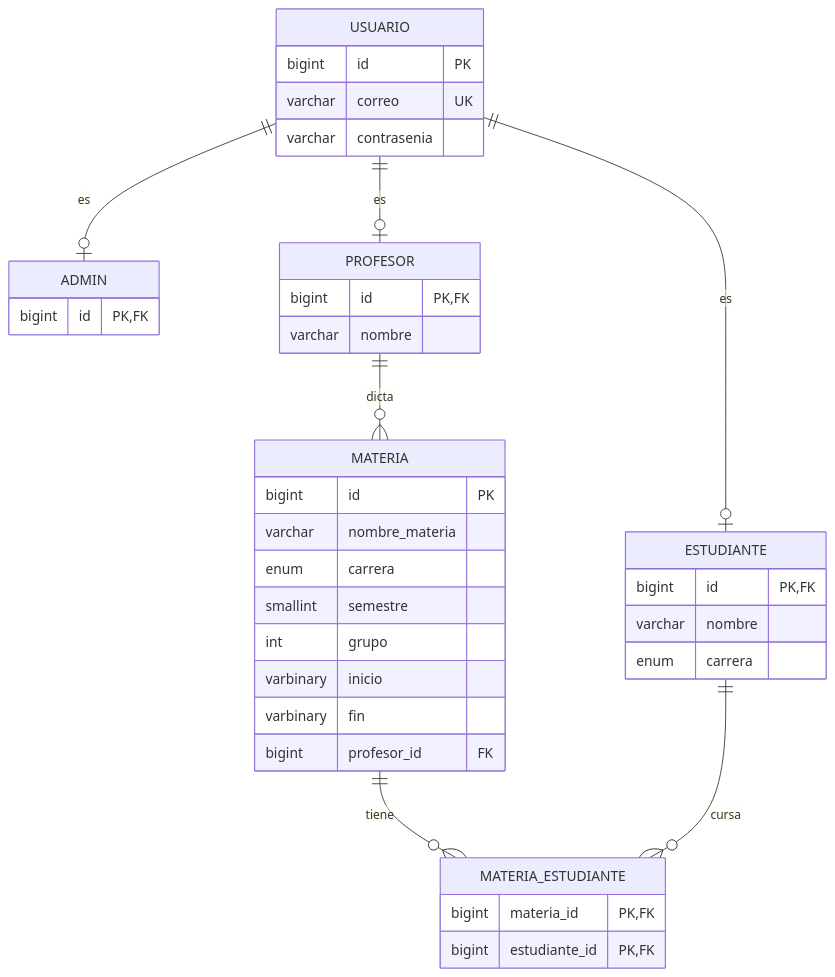
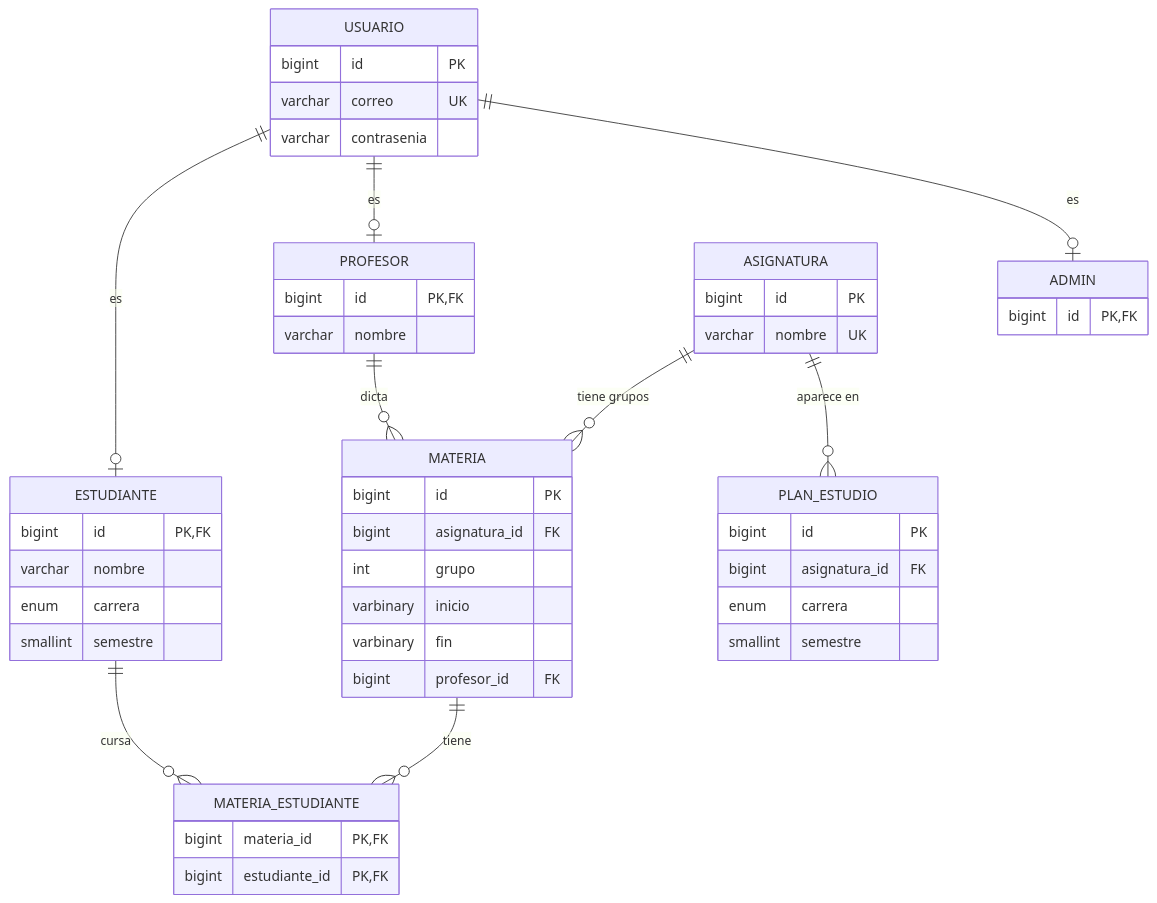
The diagram in README.md (JMCip/drag-and-drop-horariopn1), drawn with Mermaid before and after one commit. The commit also changed other lines of this file and 31 other files, not shown here.

````diff
--- a/README.md
+++ b/README.md
@@ -234,41 +247,52 @@
 ```mermaid
 erDiagram
     USUARIO ||--o| ADMIN : "es"
     USUARIO ||--o| PROFESOR : "es"
     USUARIO ||--o| ESTUDIANTE : "es"
+    ASIGNATURA ||--o{ PLAN_ESTUDIO : "aparece en"
+    ASIGNATURA ||--o{ MATERIA : "tiene grupos"
     PROFESOR ||--o{ MATERIA : "dicta"
     MATERIA ||--o{ MATERIA_ESTUDIANTE : "tiene"
     ESTUDIANTE ||--o{ MATERIA_ESTUDIANTE : "cursa"
 
     USUARIO {
         bigint id PK
         varchar correo UK
         varchar contrasenia
     }
     ADMIN {
         bigint id PK, FK
     }
     PROFESOR {
         bigint id PK, FK
         varchar nombre
     }
     ESTUDIANTE {
         bigint id PK, FK
         varchar nombre
         enum carrera
+        smallint semestre
+    }
+    ASIGNATURA {
+        bigint id PK
+        varchar nombre UK
+    }
+    PLAN_ESTUDIO {
+        bigint id PK
+        bigint asignatura_id FK
+        enum carrera
+        smallint semestre
     }
     MATERIA {
         bigint id PK
-        varchar nombre_materia
-        enum carrera
-        smallint semestre
+        bigint asignatura_id FK
         int grupo
         varbinary inicio
         varbinary fin
         bigint profesor_id FK
     }
     MATERIA_ESTUDIANTE {
         bigint materia_id PK, FK
         bigint estudiante_id PK, FK
     }
 ```
````
